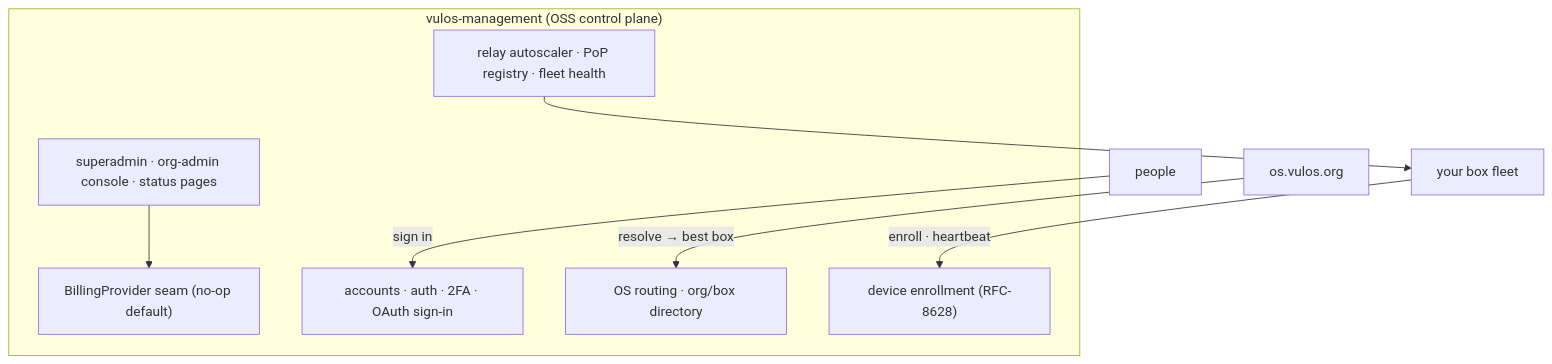
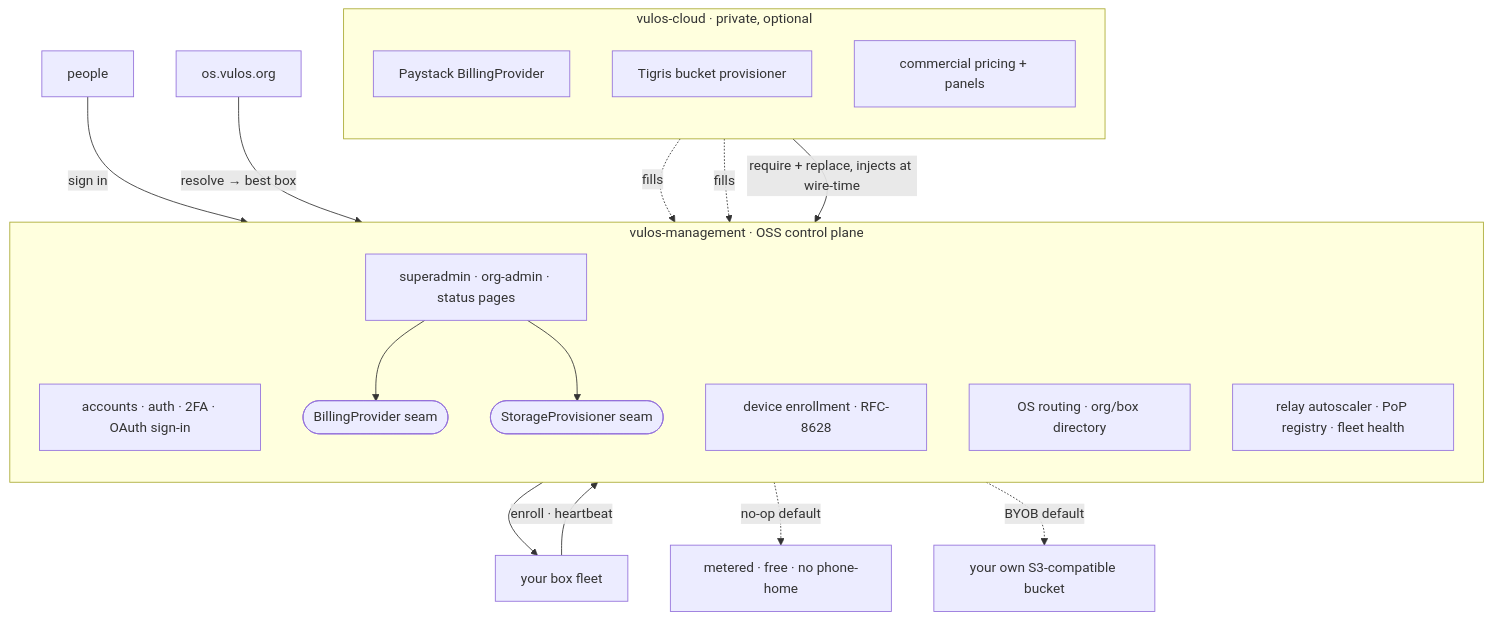
One commit to vul-os/vulos changed the diagram in README.md. Above: the diagram before and after it, drawn with Mermaid. The commit also changed other lines of this file and 5 other files, not shown here.

````diff
--- a/README.md
+++ b/README.md
@@ -112,16 +83,35 @@
 ```mermaid
 flowchart TD
-    subgraph mgmt["vulos-management (OSS control plane)"]
+    users["people"] -->|sign in| auth
+    boxes["your box fleet"] -->|enroll · heartbeat| enroll
+    dns["os.vulos.org"] -->|resolve → best box| routing
+
+    subgraph mgmt["vulos-management · OSS control plane"]
+        direction TB
         auth["accounts · auth · 2FA · OAuth sign-in"]
-        enroll["device enrollment (RFC-8628)"]
+        enroll["device enrollment · RFC-8628"]
         routing["OS routing · org/box directory"]
         relay["relay autoscaler · PoP registry · fleet health"]
-        admin["superadmin · org-admin console · status pages"]
-        seam["BillingProvider seam (no-op default)"]
+        admin["superadmin · org-admin · status pages"]
+        billseam(["BillingProvider seam"])
+        storeseam(["StorageProvisioner seam"])
     end
-    boxes["your box fleet"] -->|enroll · heartbeat| enroll
-    users["people"] -->|sign in| auth
-    dns["os.vulos.org"] -->|resolve → best box| routing
-    admin --> seam
+
+    admin --> billseam
+    admin --> storeseam
     relay --> boxes
+
+    billseam -. no-op default .-> free["metered · free · no phone-home"]
+    storeseam -. BYOB default .-> byob["your own S3-compatible bucket"]
+
+    subgraph cloud["vulos-cloud · private, optional"]
+        direction TB
+        paystack["Paystack BillingProvider"]
+        tigris["Tigris bucket provisioner"]
+        pricing["commercial pricing + panels"]
+    end
+
+    cloud -->|require + replace, injects at wire-time| mgmt
+    paystack -.fills.-> billseam
+    tigris -.fills.-> storeseam
 ```
````
